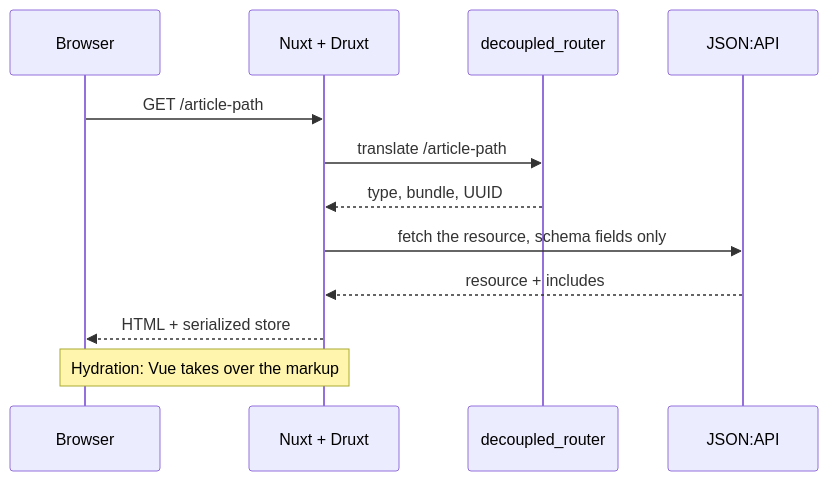
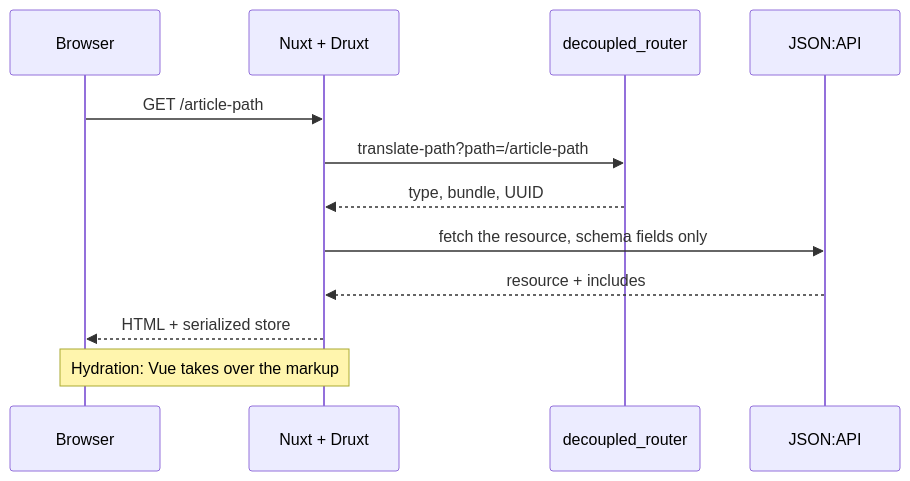
Before and after one commit to druxt/druxt.js: the diagram in docs/nuxt/content/explanation/architecture.md, drawn with Mermaid. The commit also changed 2 other files, not shown here.

Commit message:
docs: restore the literal router path and settle the support wording

````diff
--- a/docs/nuxt/content/explanation/architecture.md
+++ b/docs/nuxt/content/explanation/architecture.md
@@ -48,15 +48,15 @@
 ```mermaid
 %% One page request through the decoupled stack, from browser to hydration
 sequenceDiagram
   participant B as Browser
   participant N as Nuxt + Druxt
   participant DR as decoupled_router
   participant JA as JSON:API
   B->>N: GET /article-path
-  N->>DR: translate /article-path
+  N->>DR: translate-path?path=/article-path
   DR-->>N: type, bundle, UUID
   N->>JA: fetch the resource, schema fields only
   JA-->>N: resource + includes
   N-->>B: HTML + serialized store
   Note over B,N: Hydration: Vue takes over the markup
 ```
````
